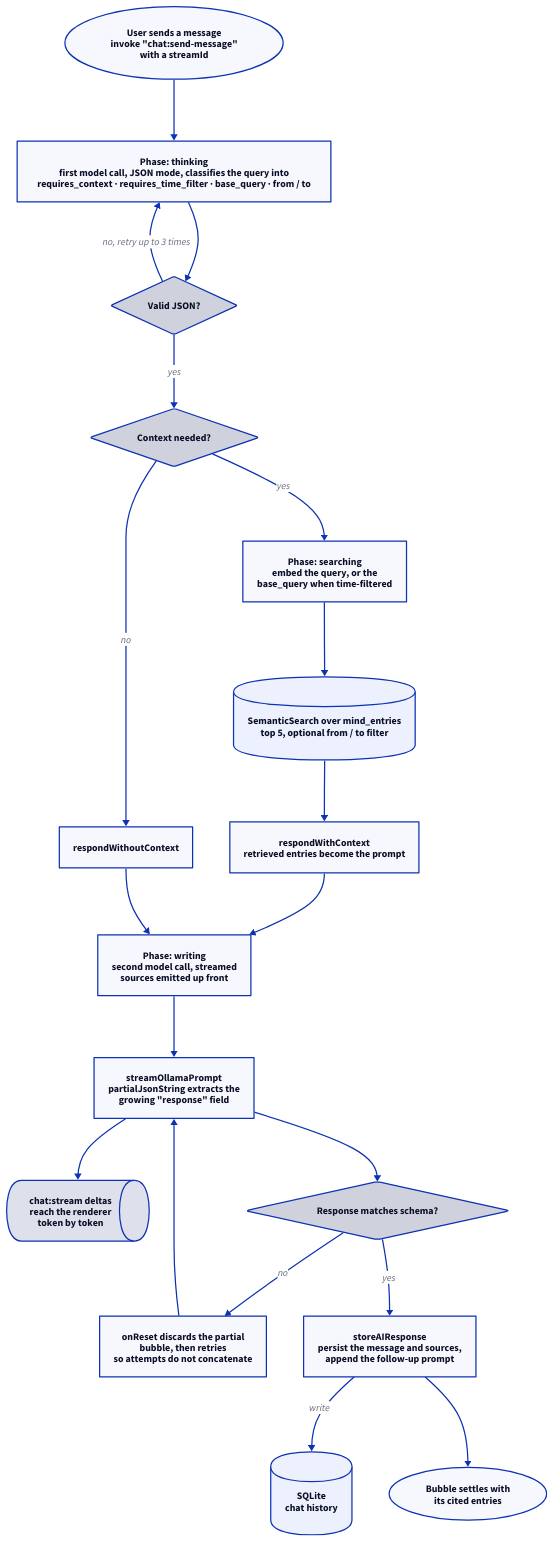
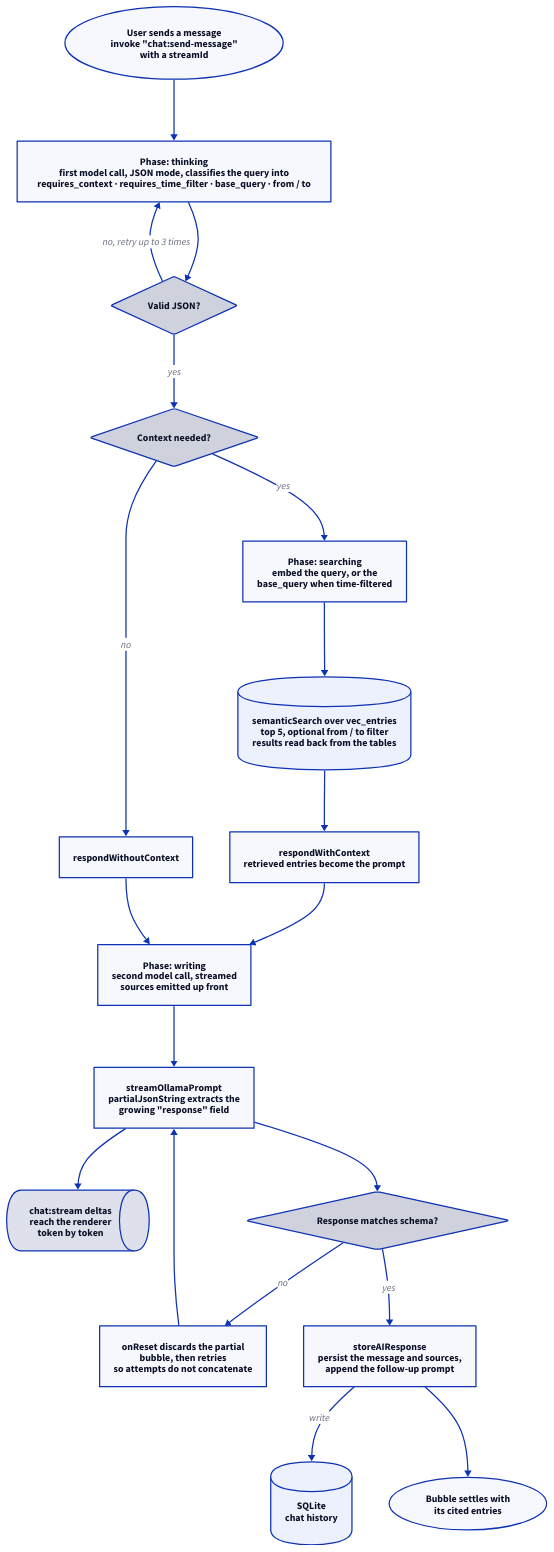
One commit to Arinaymaybhaskar/MindSage_desktop_app changed the diagram in assets/diagrams/src/chat.d2. Above: the diagram before and after it, drawn with D2. The commit also changed 37 other files, not shown here.

First line of the commit message:
chore(search): remove Qdrant leftovers from the UI, diagrams and README

```diff
--- a/assets/diagrams/src/chat.d2
+++ b/assets/diagrams/src/chat.d2
@@ -1,94 +1,94 @@
 # Retrieval-augmented chat: two sequential model calls, only the second streams.
 # Derived from electron/methods/chat.js (aiResponse) and ollama.js.
 
 direction: down
 
 ask: "User sends a message\ninvoke \"chat:send-message\"\nwith a streamId" {
   shape: oval
   style.stroke-width: 2
 }
 
 thinking: "Phase: thinking\nfirst model call, JSON mode, classifies the query into\nrequires_context · requires_time_filter · base_query · from / to" {
   style.stroke-width: 2
 }
 
 valid: "Valid JSON?" {
   shape: diamond
   style.stroke-width: 2
 }
 
 needs: "Context needed?" {
   shape: diamond
   style.stroke-width: 2
 }
 
 searching: "Phase: searching\nembed the query, or the\nbase_query when time-filtered" {
   style.stroke-width: 2
 }
 
-qdrant: "SemanticSearch over mind_entries\ntop 5, optional from / to filter" {
+index: "semanticSearch over vec_entries\ntop 5, optional from / to filter\nresults read back from the tables" {
   shape: cylinder
   style.stroke-width: 2
 }
 
 withCtx: "respondWithContext\nretrieved entries become the prompt" {
   style.stroke-width: 2
 }
 
 without: "respondWithoutContext" {
   style.stroke-width: 2
 }
 
 writing: "Phase: writing\nsecond model call, streamed\nsources emitted up front" {
   style.stroke-width: 2
 }
 
 stream: "streamOllamaPrompt\npartialJsonString extracts the\ngrowing \"response\" field" {
   style.stroke-width: 2
 }
 
 deltas: "chat:stream deltas\nreach the renderer\ntoken by token" {
   shape: queue
   style.stroke-width: 2
 }
 
 shaped: "Response matches schema?" {
   shape: diamond
   style.stroke-width: 2
 }
 
 reset: "onReset discards the partial\nbubble, then retries\nso attempts do not concatenate" {
   style.stroke-width: 2
 }
 
 store: "storeAIResponse\npersist the message and sources,\nappend the follow-up prompt" {
   style.stroke-width: 2
 }
 
 sqlite: "SQLite\nchat history" {
   shape: cylinder
   style.stroke-width: 2
 }
 
 done: "Bubble settles with\nits cited entries" {
   shape: oval
   style.stroke-width: 2
 }
 
 ask -> thinking -> valid
 valid -> thinking: "no, retry up to 3 times"
 valid -> needs: "yes"
 needs -> searching: "yes"
 needs -> without: "no"
-searching -> qdrant
-qdrant -> withCtx
+searching -> index
+index -> withCtx
 withCtx -> writing
 without -> writing
 writing -> stream
 stream -> deltas
 stream -> shaped
 shaped -> reset: "no"
 reset -> stream
 shaped -> store: "yes"
 store -> sqlite: "write"
 store -> done
```
